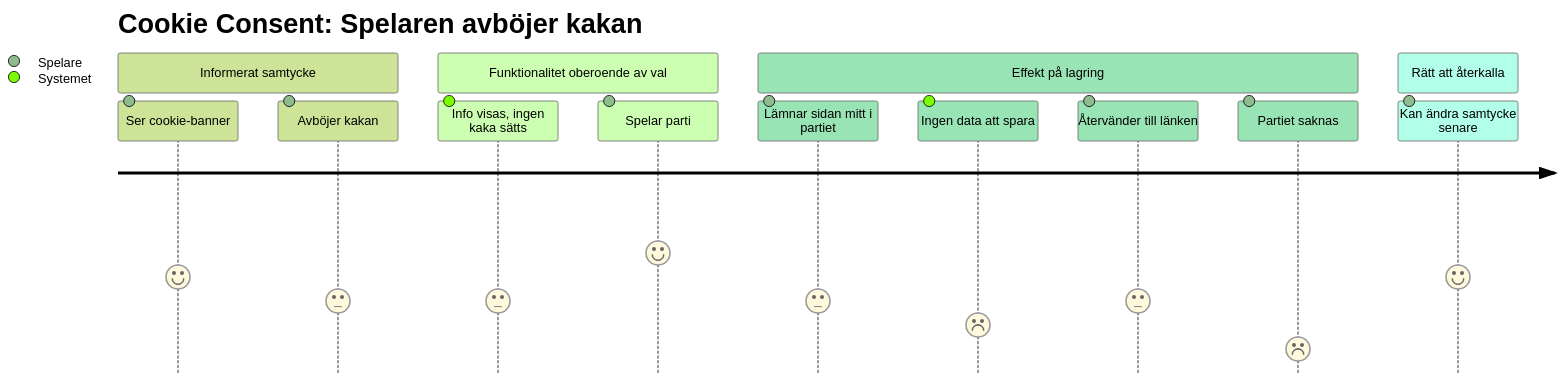
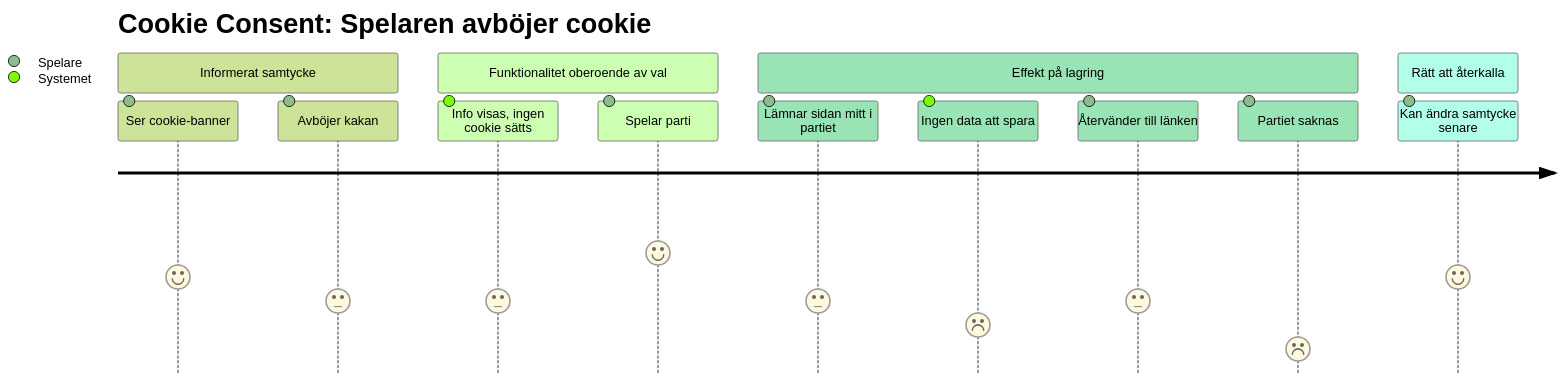
One commit to S470-crypto/Grupp-3-Projektarbete changed the second of 2 diagrams in docs/requirements/06-user-journey.md. Above: the diagram before and after it, drawn with Mermaid (forest theme). The commit also changed other lines of this file, not shown here.

Commit message:
Update user journey documentation for cookie consent

````diff
--- a/docs/requirements/06-user-journey.md
+++ b/docs/requirements/06-user-journey.md
@@ -26,17 +26,17 @@
 ```mermaid
 journey
-    title Cookie Consent: Spelaren avböjer kakan
+    title Cookie Consent: Spelaren avböjer cookie
     section Informerat samtycke
         Ser cookie-banner: 4: Spelare
         Avböjer kakan: 3: Spelare
     section Funktionalitet oberoende av val
-        Info visas, ingen kaka sätts: 3: Systemet
+        Info visas, ingen cookie sätts: 3: Systemet
         Spelar parti: 5: Spelare
     section Effekt på lagring
         Lämnar sidan mitt i partiet: 3: Spelare
         Ingen data att spara: 2: Systemet
         Återvänder till länken: 3: Spelare
         Partiet saknas: 1: Spelare
     section Rätt att återkalla 
         Kan ändra samtycke senare: 4: Spelare
 ```
````
